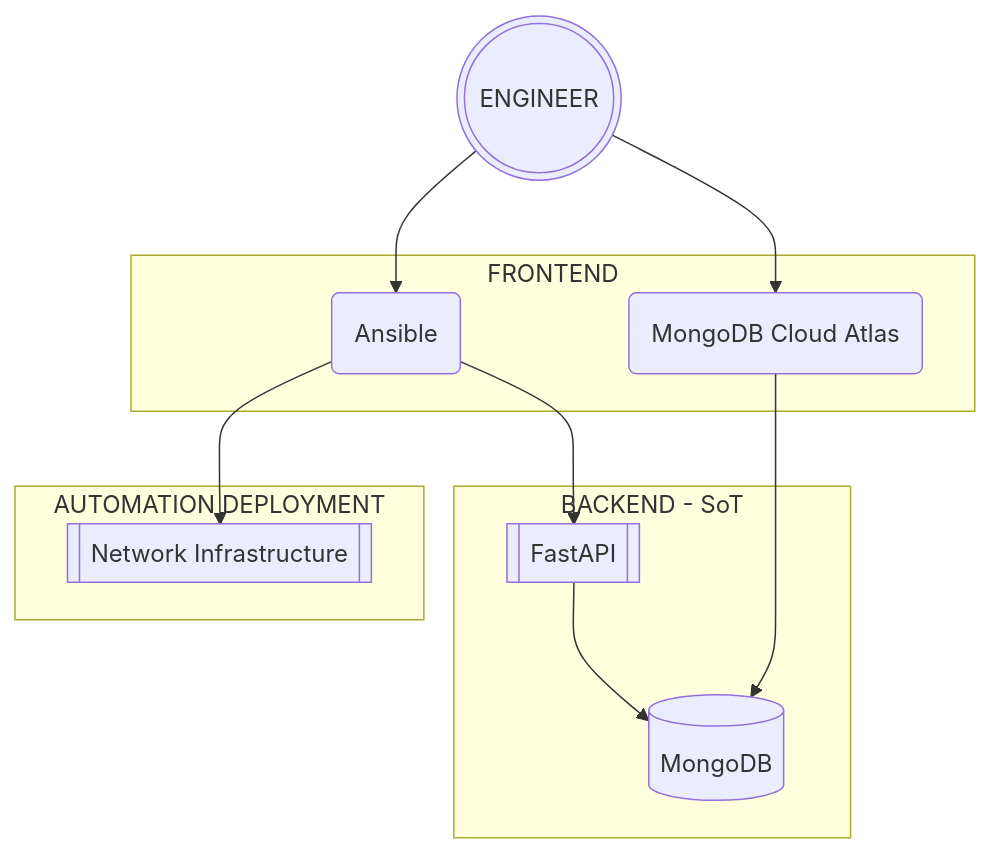
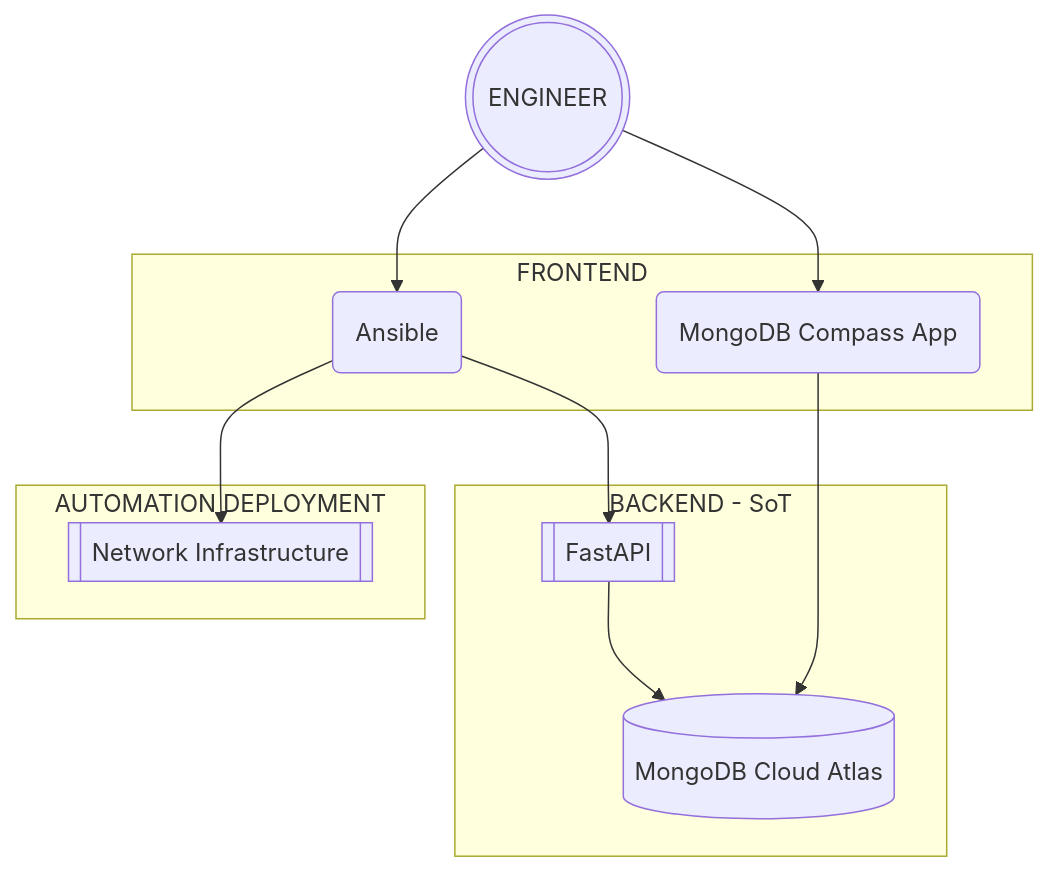
Before and after one commit to jnaranjom/iac_network_deployment: the diagram in diagrams/automation_framework.md, drawn with Mermaid.

````diff
--- a/diagrams/automation_framework.md
+++ b/diagrams/automation_framework.md
@@ -1,22 +1,22 @@
 ```mermaid
 flowchart TB
-    A[(MongoDB)]
+    A[(MongoDB Cloud Atlas)]
     B[[FastAPI]]
-    C(MongoDB Cloud Atlas)
+    C(MongoDB Compass App)
     D(Ansible)
     E[[Network Infrastructure]]
     F(((ENGINEER)))
     subgraph BACKEND - SoT
         B --> A
     end
     subgraph FRONTEND
         C --> A
         D --> B
     end
     F --> C
     F --> D
     subgraph AUTOMATION DEPLOYMENT
         D --> E
     end
 
 ```
````
